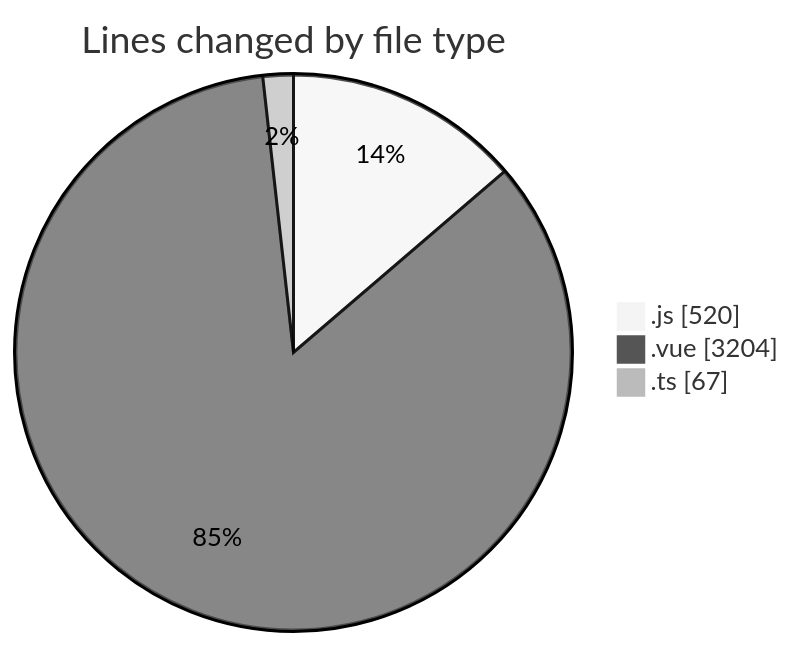
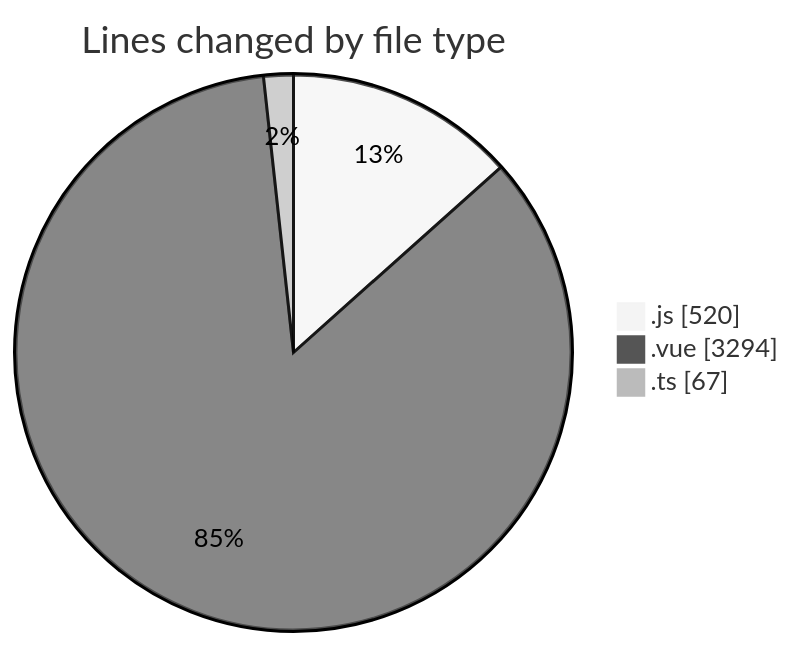
The first of 2 diagrams in 2025-08-17/rentotp/README.md (lephambinh05/code-tracking), drawn with Mermaid (neutral theme) before and after one commit. The commit also changed other lines of this file and 1 other file, not shown here.

````diff
--- a/2025-08-17/rentotp/README.md
+++ b/2025-08-17/rentotp/README.md
@@ -34,7 +34,7 @@
 ```mermaid
 pie showData
 title Lines changed by file type
 ".js" : 520
-".vue" : 3204
+".vue" : 3294
 ".ts" : 67
 ```
````
